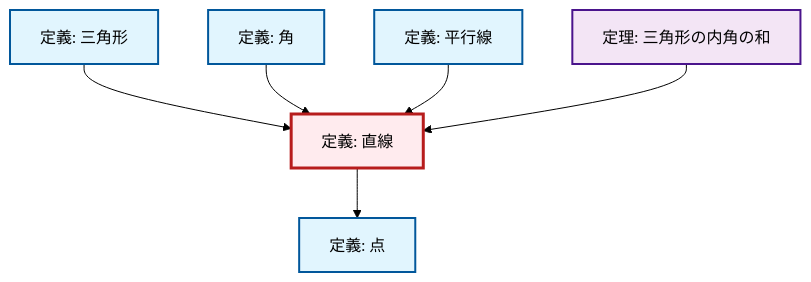
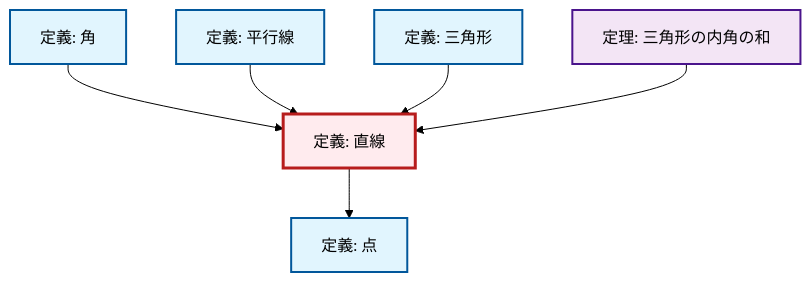
One commit to RK0429/ModernMath changed the diagram in content/ja/geometry/def-line.qmd. Above: the diagram before and after it, drawn with Mermaid (forest theme). The commit also changed 672 other files, not shown here.

````diff
--- a/content/ja/geometry/def-line.qmd
+++ b/content/ja/geometry/def-line.qmd
@@ -46,26 +46,26 @@
 ```{mermaid}
-%%| fig-cap: "Local dependency graph"
+%%| fig-cap: "ローカル依存関係グラフ"
 graph TD
     classDef definition fill:#e1f5fe,stroke:#01579b,stroke-width:2px
     classDef theorem fill:#f3e5f5,stroke:#4a148c,stroke-width:2px
     classDef axiom fill:#fff3e0,stroke:#e65100,stroke-width:2px
     classDef example fill:#e8f5e9,stroke:#1b5e20,stroke-width:2px
     classDef current fill:#ffebee,stroke:#b71c1c,stroke-width:3px
+    def-line["定義: 直線"]:::definition
     def-triangle["定義: 三角形"]:::definition
+    def-parallel["定義: 平行線"]:::definition
+    def-point["定義: 点"]:::definition
     def-angle["定義: 角"]:::definition
     thm-angle-sum-triangle["定理: 三角形の内角の和"]:::theorem
-    def-parallel["定義: 平行線"]:::definition
-    def-line["定義: 直線"]:::definition
-    def-point["定義: 点"]:::definition
-    def-line --> def-point
-    def-triangle --> def-line
     def-angle --> def-line
     def-parallel --> def-line
+    def-triangle --> def-line
+    def-line --> def-point
     thm-angle-sum-triangle --> def-line
     class def-line current
     click def-triangle "def-triangle.html" "三角形の定義へ"
+    click def-parallel "def-parallel.html" "平行線の定義へ"
+    click def-point "def-point.html" "点の定義へ"
     click def-angle "def-angle.html" "角の定義へ"
     click thm-angle-sum-triangle "thm-angle-sum-triangle.html" "三角形の内角の和の定理へ"
-    click def-parallel "def-parallel.html" "平行線の定義へ"
-    click def-point "def-point.html" "点の定義へ"
 ```
````
